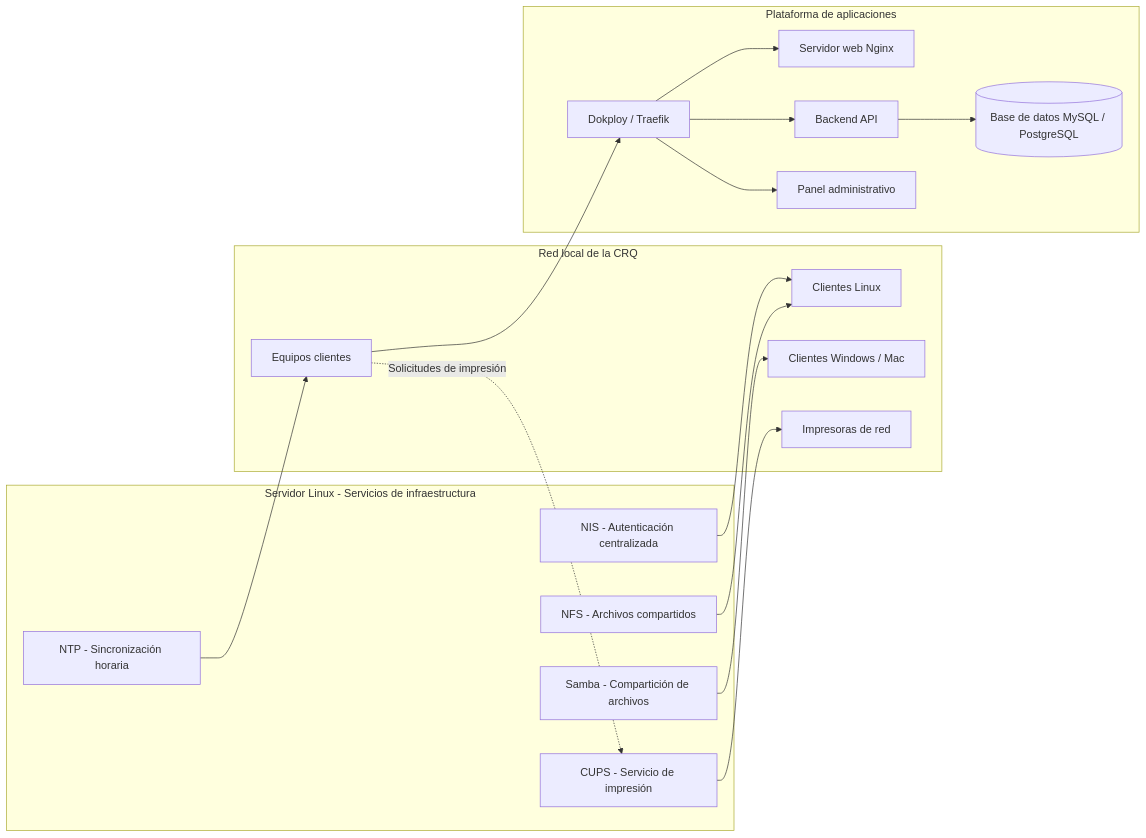
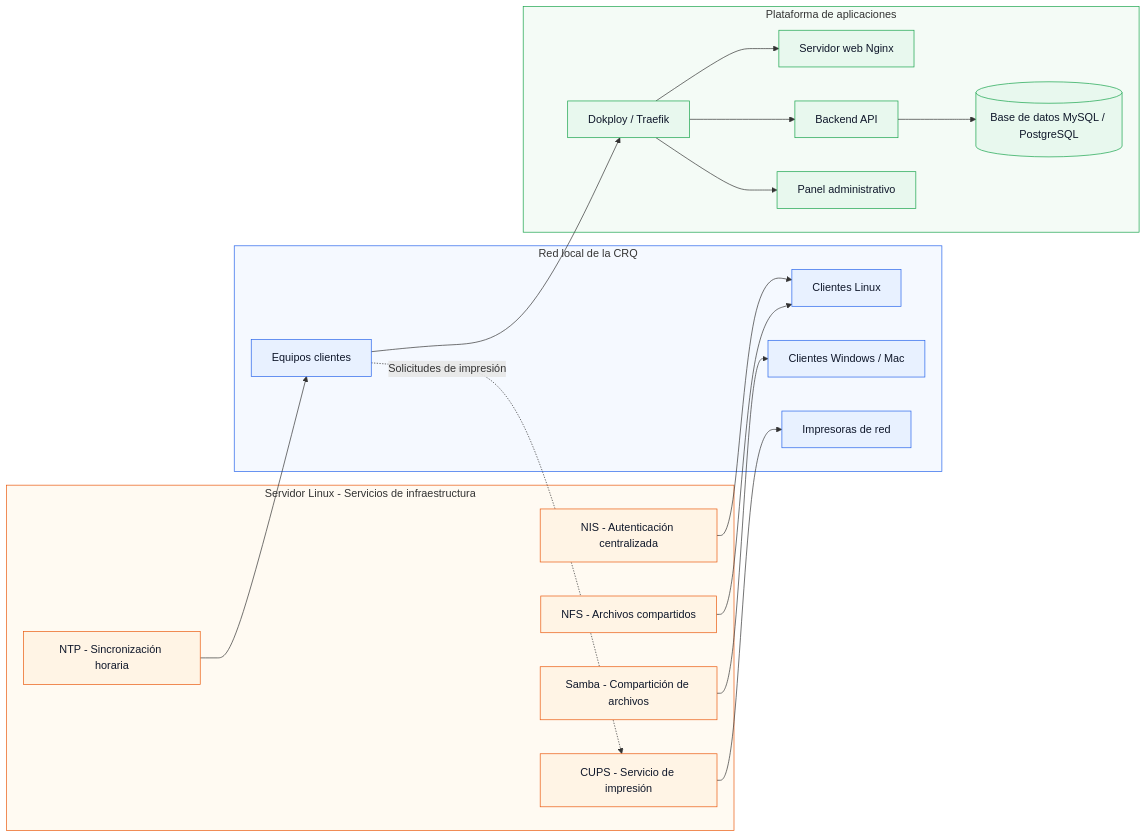
One commit to MAngel4311/proyecto-final-admin-ti changed the diagram in diagrama.mmd. Above: the diagram before and after it, drawn with Mermaid.

Commit message:
Diseño de diagrama actualizado para mejor visualización

```diff
--- a/diagrama.mmd
+++ b/diagrama.mmd
@@ -1,40 +1,52 @@
 
 flowchart LR
 
     subgraph RED["Red local de la CRQ"]
         CLIENTES["Equipos clientes"]
         LINUX["Clientes Linux"]
         WINDOWS["Clientes Windows / Mac"]
         IMPRESORAS["Impresoras de red"]
     end
 
     subgraph DOKPLOY["Plataforma de aplicaciones"]
         TRAEFIK["Dokploy / Traefik"]
         WEB["Servidor web Nginx"]
         API["Backend API"]
         PANEL["Panel administrativo"]
         DB[("Base de datos MySQL / PostgreSQL")]
 
         TRAEFIK --> WEB
         TRAEFIK --> API
         TRAEFIK --> PANEL
         API --> DB
     end
 
     subgraph SERVIDOR["Servidor Linux - Servicios de infraestructura"]
         NTP["NTP - Sincronización horaria"]
         NFS["NFS - Archivos compartidos"]
         NIS["NIS - Autenticación centralizada"]
         CUPS["CUPS - Servicio de impresión"]
         SAMBA["Samba - Compartición de archivos"]
     end
 
     CLIENTES --> TRAEFIK
 
     NTP --> CLIENTES
     NFS --> LINUX
     NIS --> LINUX
     CUPS --> IMPRESORAS
     SAMBA --> WINDOWS
 
     CLIENTES -. "Solicitudes de impresión" .-> CUPS
+
+    classDef red fill:#e8f1ff,stroke:#2563eb,color:#0f172a
+    classDef plataforma fill:#e8f8ee,stroke:#16a34a,color:#0f172a
+    classDef servidor fill:#fff4e5,stroke:#ea580c,color:#0f172a
+
+    class CLIENTES,LINUX,WINDOWS,IMPRESORAS red
+    class TRAEFIK,WEB,API,PANEL,DB plataforma
+    class NTP,NFS,NIS,CUPS,SAMBA servidor
+
+    style RED fill:#f5f9ff,stroke:#2563eb
+    style DOKPLOY fill:#f4fbf6,stroke:#16a34a
+    style SERVIDOR fill:#fffaf2,stroke:#ea580c
```
